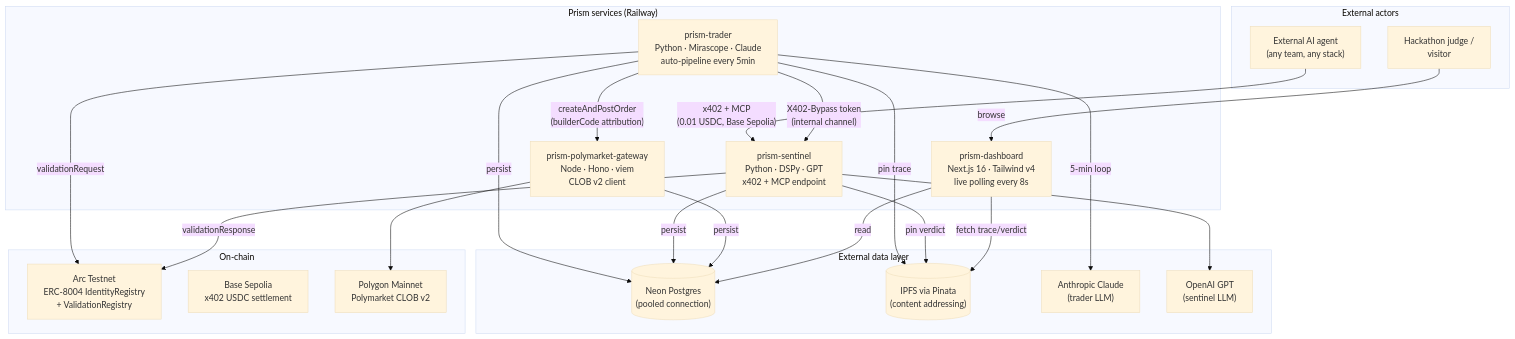
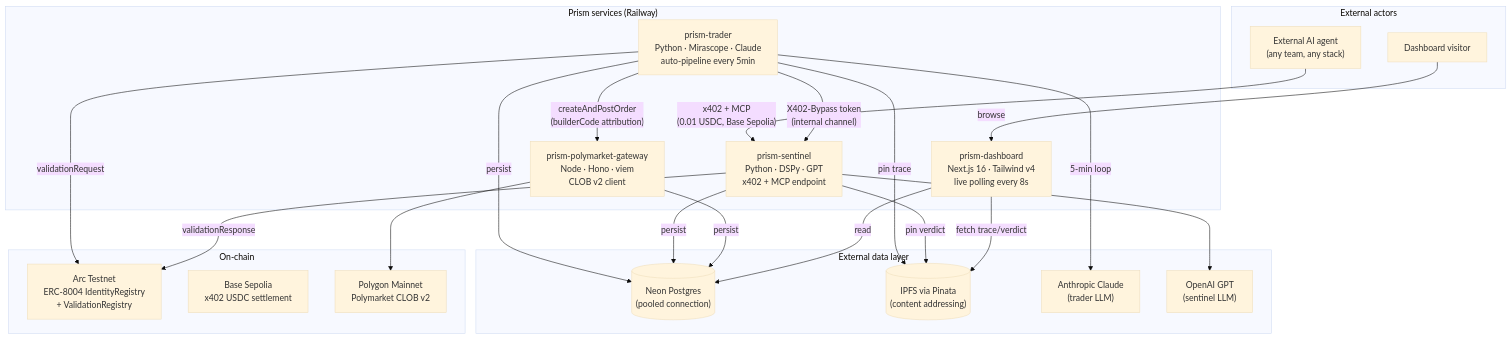
Before and after one commit to Fato07/prism: the first of 8 diagrams in docs/architecture.md, drawn with Mermaid (base theme). The commit also changed other lines of this file and 8 other files, not shown here.

````diff
--- a/docs/architecture.md
+++ b/docs/architecture.md
@@ -14,48 +14,48 @@
 ```mermaid
 graph TB
     subgraph "External actors"
         EA["External AI agent<br/>(any team, any stack)"]
-        DJ["Hackathon judge /<br/>visitor"]
+        DJ["Dashboard visitor"]
     end
 
     subgraph "Prism services (Railway)"
         T["prism-trader<br/>Python · Mirascope · Claude<br/>auto-pipeline every 5min"]
         S["prism-sentinel<br/>Python · DSPy · GPT<br/>x402 + MCP endpoint"]
         G["prism-polymarket-gateway<br/>Node · Hono · viem<br/>CLOB v2 client"]
         D["prism-dashboard<br/>Next.js 16 · Tailwind v4<br/>live polling every 8s"]
     end
 
     subgraph "External data layer"
         N[("Neon Postgres<br/>(pooled connection)")]
         IPFS[("IPFS via Pinata<br/>(content addressing)")]
         ANTH["Anthropic Claude<br/>(trader LLM)"]
         OAI["OpenAI GPT<br/>(sentinel LLM)"]
     end
 
     subgraph "On-chain"
         ARC["Arc Testnet<br/>ERC-8004 IdentityRegistry<br/>+ ValidationRegistry"]
         BASE["Base Sepolia<br/>x402 USDC settlement"]
         POLY["Polygon Mainnet<br/>Polymarket CLOB v2"]
     end
 
     EA -- "x402 + MCP<br/>(0.01 USDC, Base Sepolia)" --> S
     DJ -- "browse" --> D
 
     T -- "5-min loop" --> ANTH
     T -- "X402-Bypass token<br/>(internal channel)" --> S
     S --> OAI
 
     T -- "validationRequest" --> ARC
     S -- "validationResponse" --> ARC
     T -- "createAndPostOrder<br/>(builderCode attribution)" --> G
     G --> POLY
 
     T -- "pin trace" --> IPFS
     S -- "pin verdict" --> IPFS
     T -- "persist" --> N
     S -- "persist" --> N
     G -- "persist" --> N
 
     D -- "read" --> N
     D -- "fetch trace/verdict" --> IPFS
 ```
````
